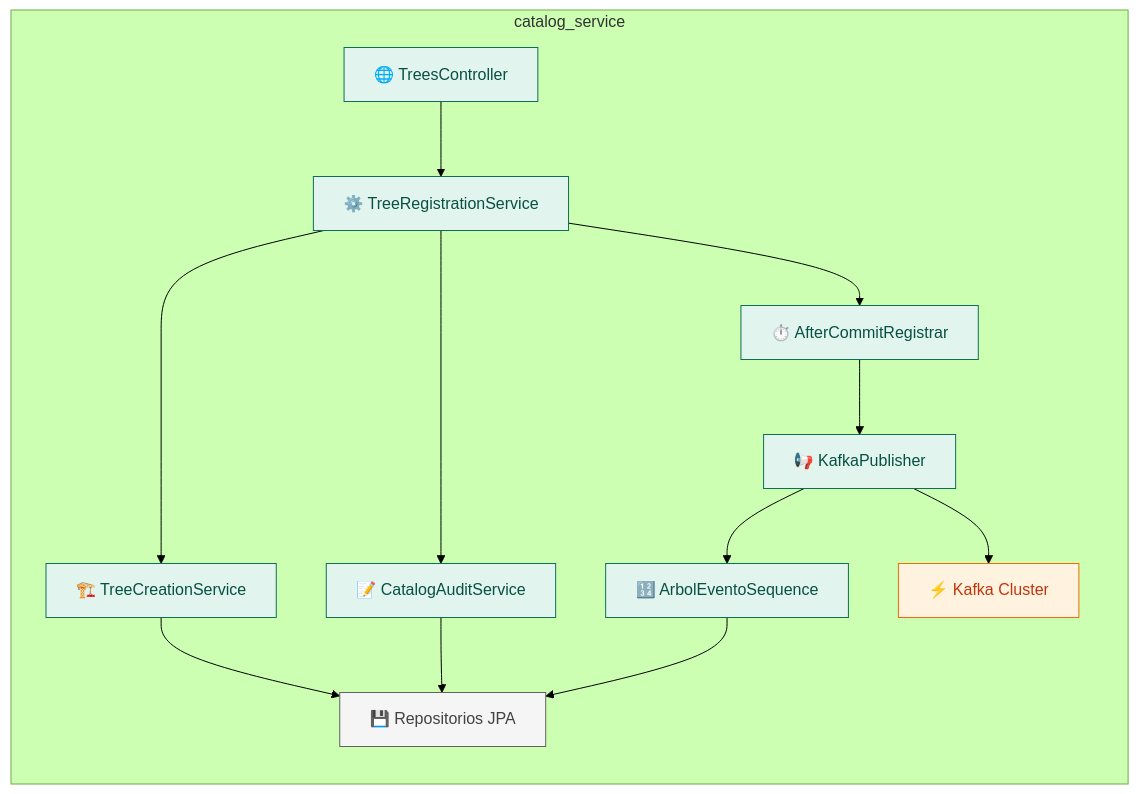
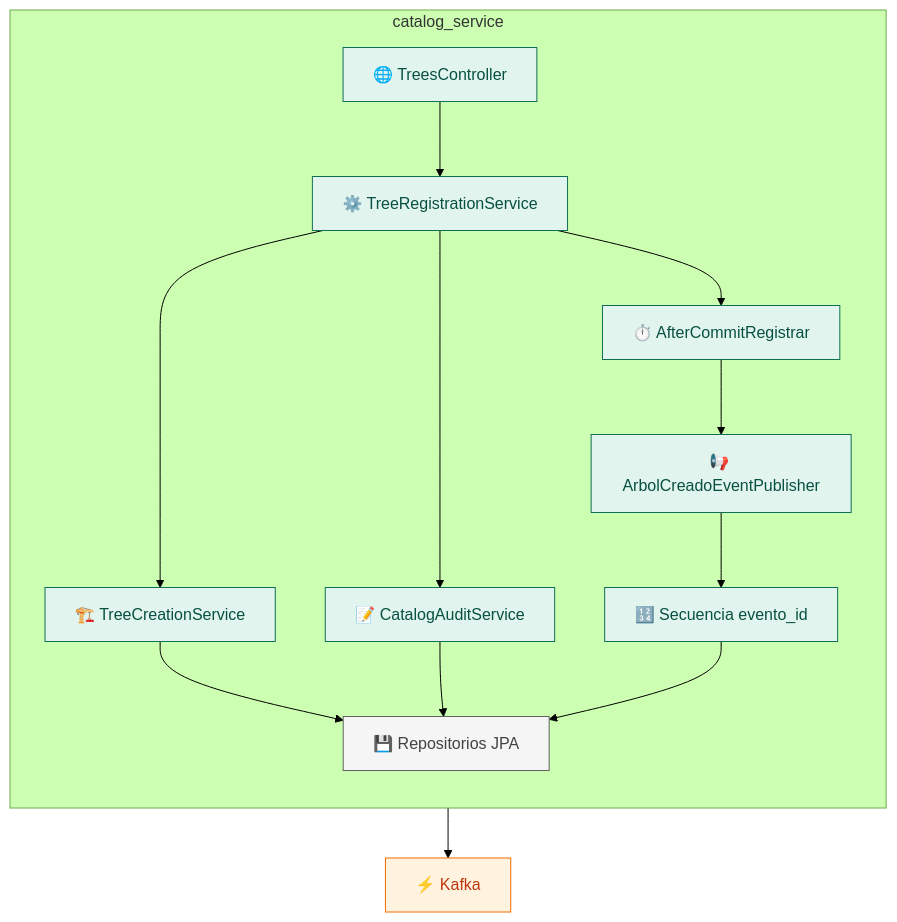
The sixth of 20 diagrams in readme.md (LIDR-academy/AI4Devs-finalproject), drawn with Mermaid (forest theme) before and after one commit. The commit also changed other lines of this file, not shown here.

````diff
--- a/readme.md
+++ b/readme.md
@@ -548,37 +550,32 @@
 ```mermaid
 flowchart TB
-    %% --- Estilos Consistentes ---
     classDef service fill:#E1F5EE,stroke:#0F6E56,stroke-width:1px,color:#085041;
     classDef repo fill:#F5F5F5,stroke:#616161,stroke-width:1px,color:#424242;
     classDef infra fill:#FFF3E0,stroke:#EF6C00,stroke-width:1px,color:#BF360C;
 
+    KafkaBroker["⚡ Kafka"]:::infra
+
     subgraph catalogSvc [catalog_service]
         direction TB
-        %% Componentes Logicos
         TreesCtrl["🌐 TreesController"]:::service
         TreeReg["⚙️ TreeRegistrationService"]:::service
         TreeCre["🏗️ TreeCreationService"]:::service
         CatAud["📝 CatalogAuditService"]:::service
         AfterCommit["⏱️ AfterCommitRegistrar"]:::service
-        KafkaPub["📢 KafkaPublisher"]:::service
-        EventoSeq["🔢 ArbolEventoSequence"]:::service
-        
-        %% Componentes de Infraestructura / Datos
+        KafkaPub["📢 ArbolCreadoEventPublisher"]:::service
+        EventoSeq["🔢 Secuencia evento_id"]:::service
         JpaRepos["💾 Repositorios JPA"]:::repo
-        KafkaBroker["⚡ Kafka Cluster"]:::infra
 
-        %% Flujo de ejecución
         TreesCtrl --> TreeReg
         TreeReg --> TreeCre
         TreeReg --> CatAud
         TreeReg --> AfterCommit
         AfterCommit --> KafkaPub
         KafkaPub --> EventoSeq
-        KafkaPub --> KafkaBroker
-        
-        %% Flujo de persistencia
         TreeCre --> JpaRepos
         CatAud --> JpaRepos
         EventoSeq --> JpaRepos
     end
+
+    KafkaPub --> KafkaBroker
 ```
````
